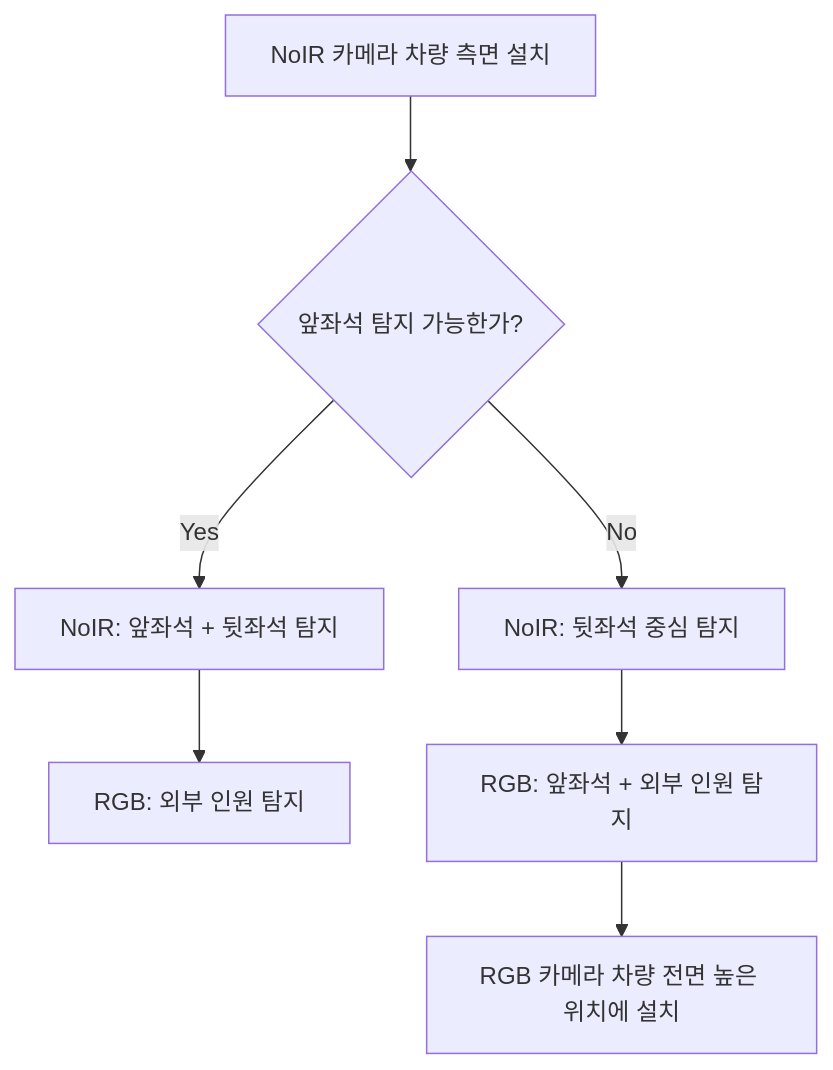
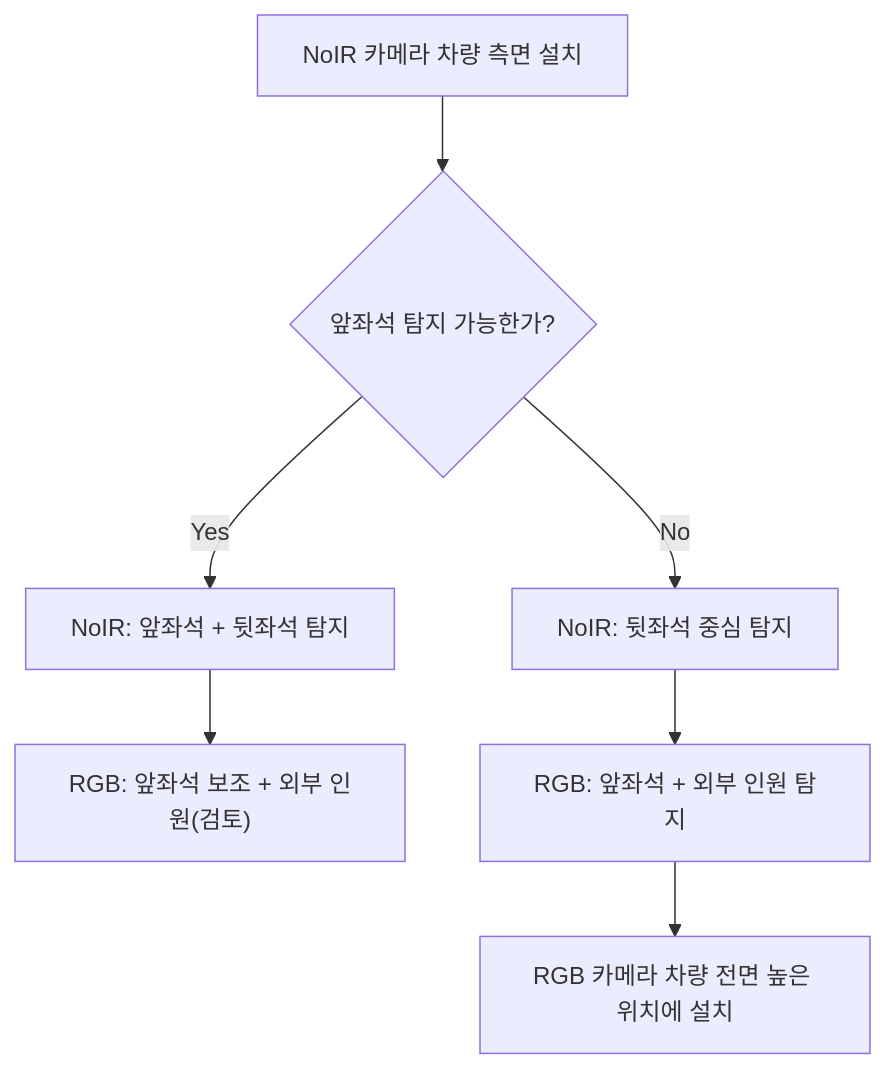
Before and after one commit to Hyundai-AI/parking-occupant-detection: the diagram in DECISIONS.md, drawn with Mermaid. The commit also changed other lines of this file and 1 other file, not shown here.

````diff
--- a/DECISIONS.md
+++ b/DECISIONS.md
@@ -247,9 +302,9 @@
 ```mermaid
 flowchart TD
     A["NoIR 카메라 차량 측면 설치"] --> B{"앞좌석 탐지 가능한가?"}
     B -->|Yes| C["NoIR: 앞좌석 + 뒷좌석 탐지"]
     B -->|No| D["NoIR: 뒷좌석 중심 탐지"]
-    C --> E["RGB: 외부 인원 탐지"]
+    C --> E["RGB: 앞좌석 보조 + 외부 인원(검토)"]
     D --> F["RGB: 앞좌석 + 외부 인원 탐지"]
     F --> G["RGB 카메라 차량 전면 높은 위치에 설치"]
 ```
````
